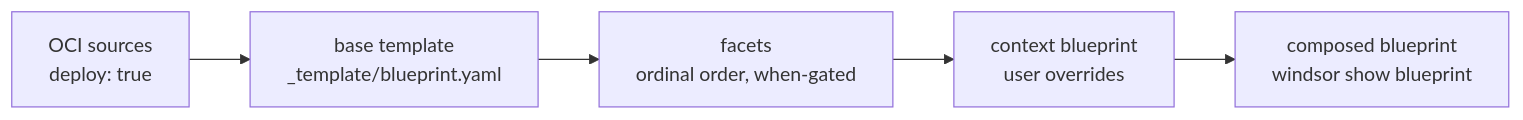
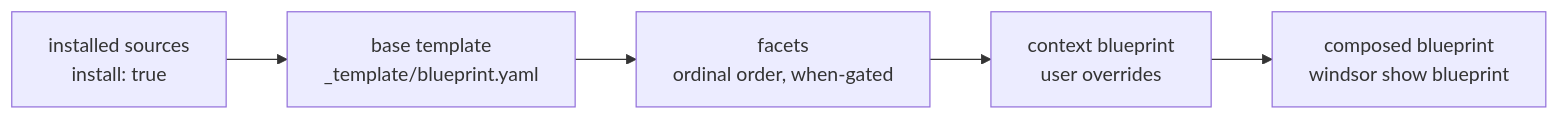
The diagram in content/composition/workflow.md (windsorcli/docs), drawn with Mermaid before and after one commit. The commit also changed other lines of this file and 13 other files, not shown here.

````diff
--- a/content/composition/workflow.md
+++ b/content/composition/workflow.md
@@ -10,7 +10,7 @@
 ```mermaid
 flowchart LR
-  OCI["OCI sources<br/>deploy: true"] --> Base["base template<br/>_template/blueprint.yaml"]
+  OCI["installed sources<br/>install: true"] --> Base["base template<br/>_template/blueprint.yaml"]
   Base --> Facets["facets<br/>ordinal order, when-gated"]
   Facets --> User["context blueprint<br/>user overrides"]
   User --> Result["composed blueprint<br/>windsor show blueprint"]
 ```
````
